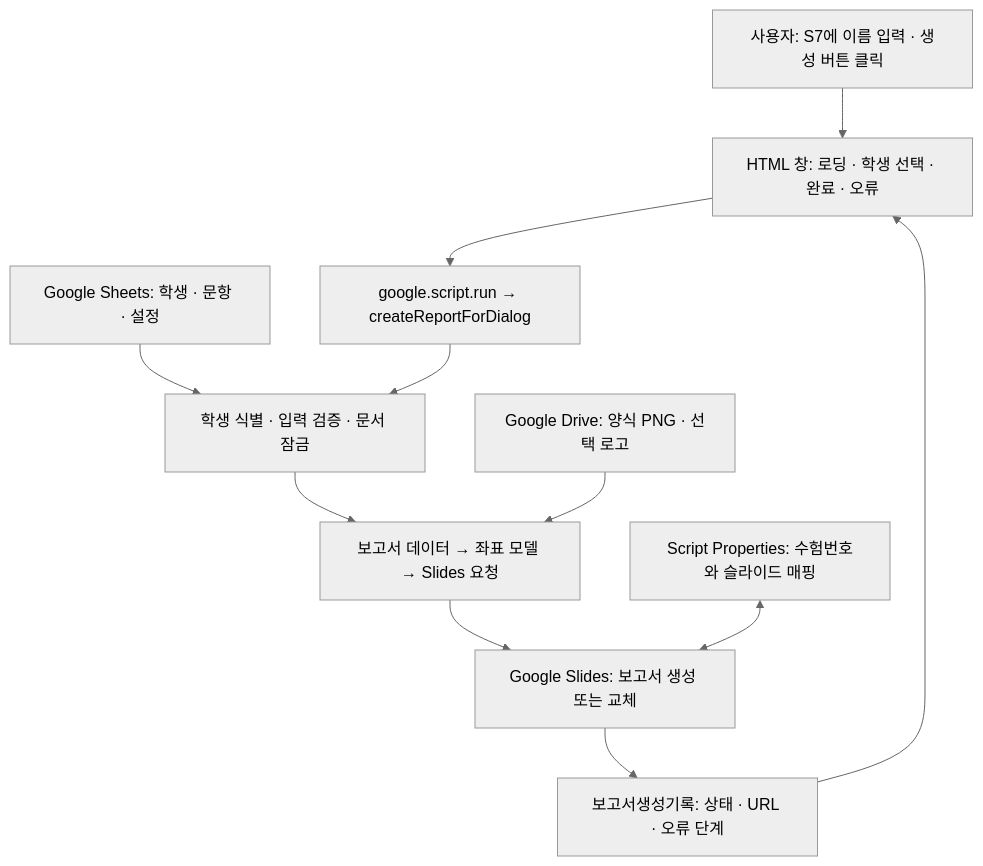
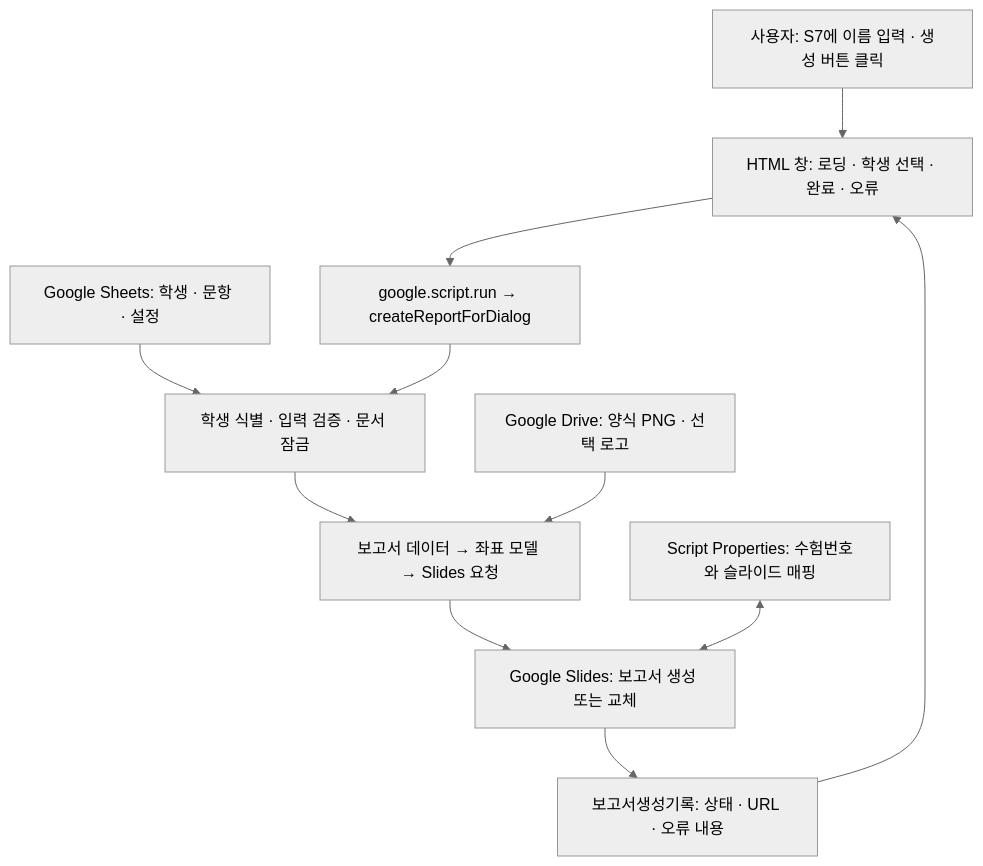
Before and after one commit to saintlucias/Generate-Report-Academy-Portfolio: the diagram in README.md, drawn with Mermaid (neutral theme). The commit also changed other lines of this file and 8 other files, not shown here.

````diff
--- a/README.md
+++ b/README.md
@@ -42,23 +50,23 @@
 ```mermaid
 flowchart TD
     U["사용자: S7에 이름 입력 · 생성 버튼 클릭"]
     UI["HTML 창: 로딩 · 학생 선택 · 완료 · 오류"]
     RPC["google.script.run → createReportForDialog"]
     S["Google Sheets: 학생 · 문항 · 설정"]
     V["학생 식별 · 입력 검증 · 문서 잠금"]
     M["보고서 데이터 → 좌표 모델 → Slides 요청"]
     D["Google Drive: 양식 PNG · 선택 로고"]
     P["Google Slides: 보고서 생성 또는 교체"]
     K["Script Properties: 수험번호와 슬라이드 매핑"]
-    L["보고서생성기록: 상태 · URL · 오류 단계"]
+    L["보고서생성기록: 상태 · URL · 오류 내용"]
     U --> UI
     UI --> RPC
     S --> V
     RPC --> V
     V --> M
     D --> M
     M --> P
     K <--> P
     P --> L
     L --> UI
 ```
````
